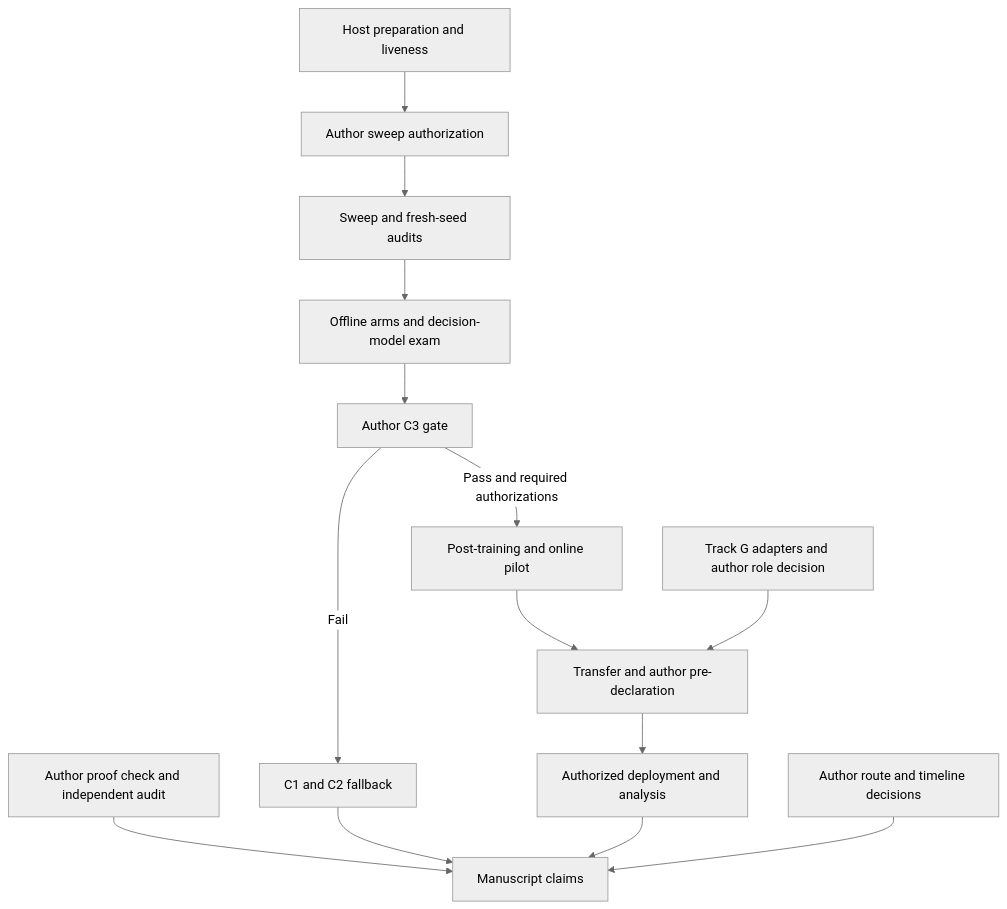
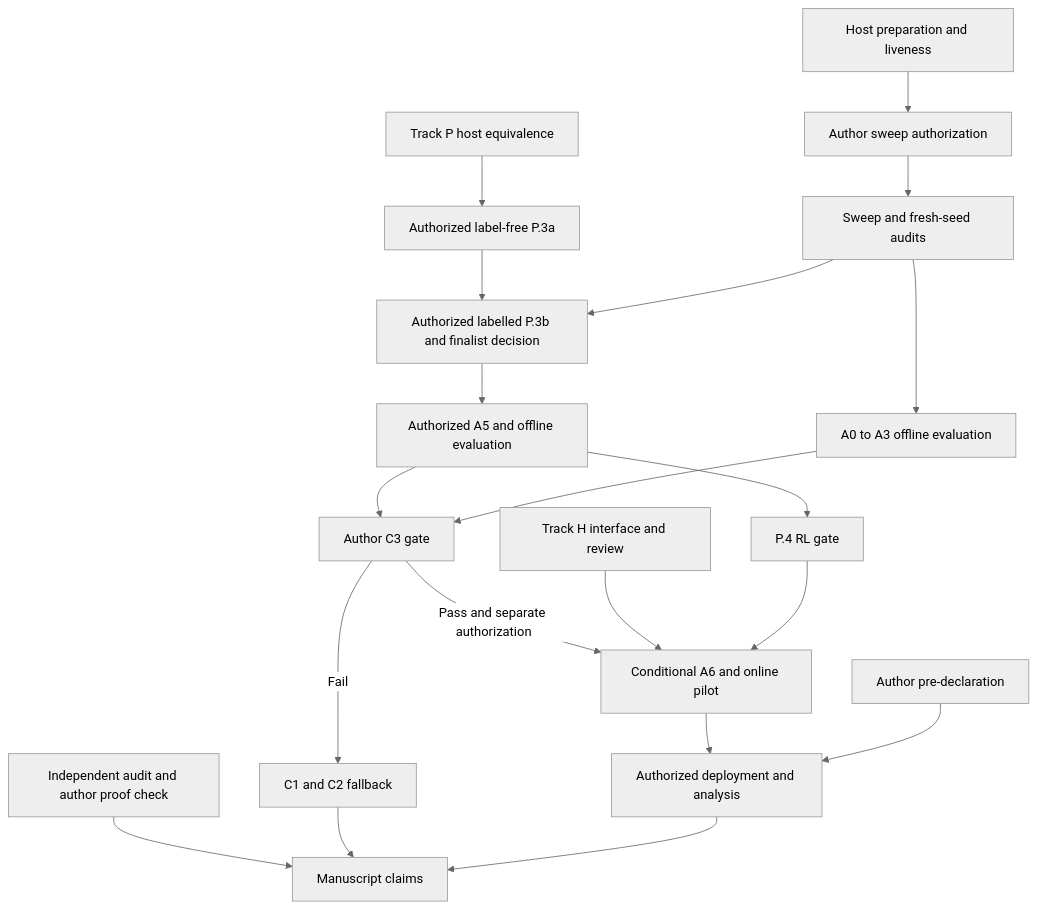
One commit to dowlingwong/Agent_paper_B changed the diagram in docs/r1/TECH_ROUTE.md. Above: the diagram before and after it, drawn with Mermaid (neutral theme). The commit also changed other lines of this file and 2 other files, not shown here.

Commit message:
Correct route dependencies and traceability
AI-assisted. Address independent review while preserving author decisions and historical records.

````diff
--- a/docs/r1/TECH_ROUTE.md
+++ b/docs/r1/TECH_ROUTE.md
@@ -56,16 +56,24 @@
 ```mermaid
 flowchart TD
-    A[Author proof check and independent audit] --> M[Manuscript claims]
-    B[Host preparation and liveness] --> C[Author sweep authorization]
-    C --> D[Sweep and fresh-seed audits]
-    D --> E[Offline arms and decision-model exam]
-    E --> F[Author C3 gate]
-    F -->|Pass and required authorizations| G[Post-training and online pilot]
-    F -->|Fail| H[C1 and C2 fallback]
-    G --> I[Transfer and author pre-declaration]
-    J[Track G adapters and author role decision] --> I
-    I --> K[Authorized deployment and analysis]
-    H --> M
-    K --> M
-    L[Author route and timeline decisions] --> M
+    accTitle: Paper B Route Dependencies
+    accDescr: Parallel preparation and author gates lead to offline evaluation, a C3 decision, and conditional online deployment; arrows do not themselves grant authorization.
+    prep[Host preparation and liveness] --> sweep_auth[Author sweep authorization]
+    sweep_auth --> labels[Sweep and fresh-seed audits]
+    host_equiv[Track P host equivalence] --> p3a[Authorized label-free P.3a]
+    p3a --> p3b[Authorized labelled P.3b and finalist decision]
+    labels --> p3b
+    p3b --> a5[Authorized A5 and offline evaluation]
+    labels --> offline[A0 to A3 offline evaluation]
+    a5 --> gate[Author C3 gate]
+    offline --> gate
+    gate -->|Pass and separate authorization| a6[Conditional A6 and online pilot]
+    gate -->|Fail| fallback[C1 and C2 fallback]
+    h_interface[Track H interface and review] --> a6
+    a5 --> rl_gate[P.4 RL gate]
+    rl_gate --> a6
+    a6 --> deployment[Authorized deployment and analysis]
+    declaration[Author pre-declaration] --> deployment
+    proof[Independent audit and author proof check] --> manuscript[Manuscript claims]
+    fallback --> manuscript
+    deployment --> manuscript
 ```
````
